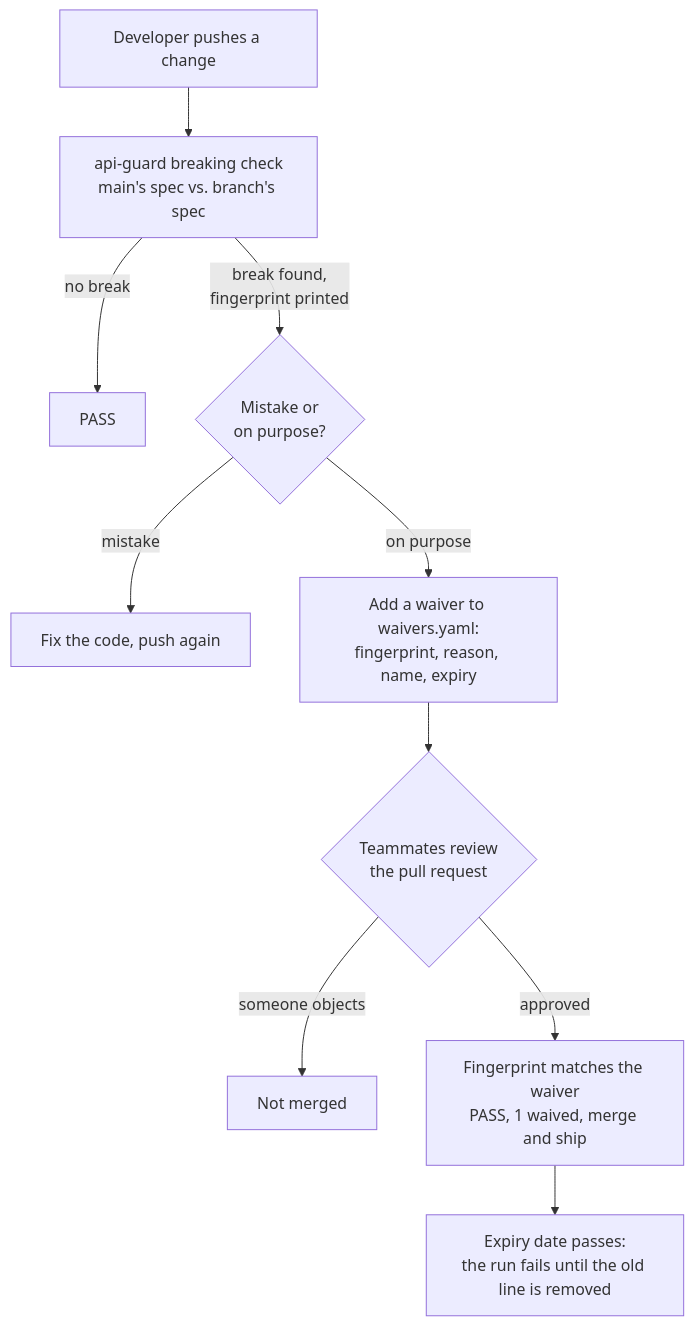
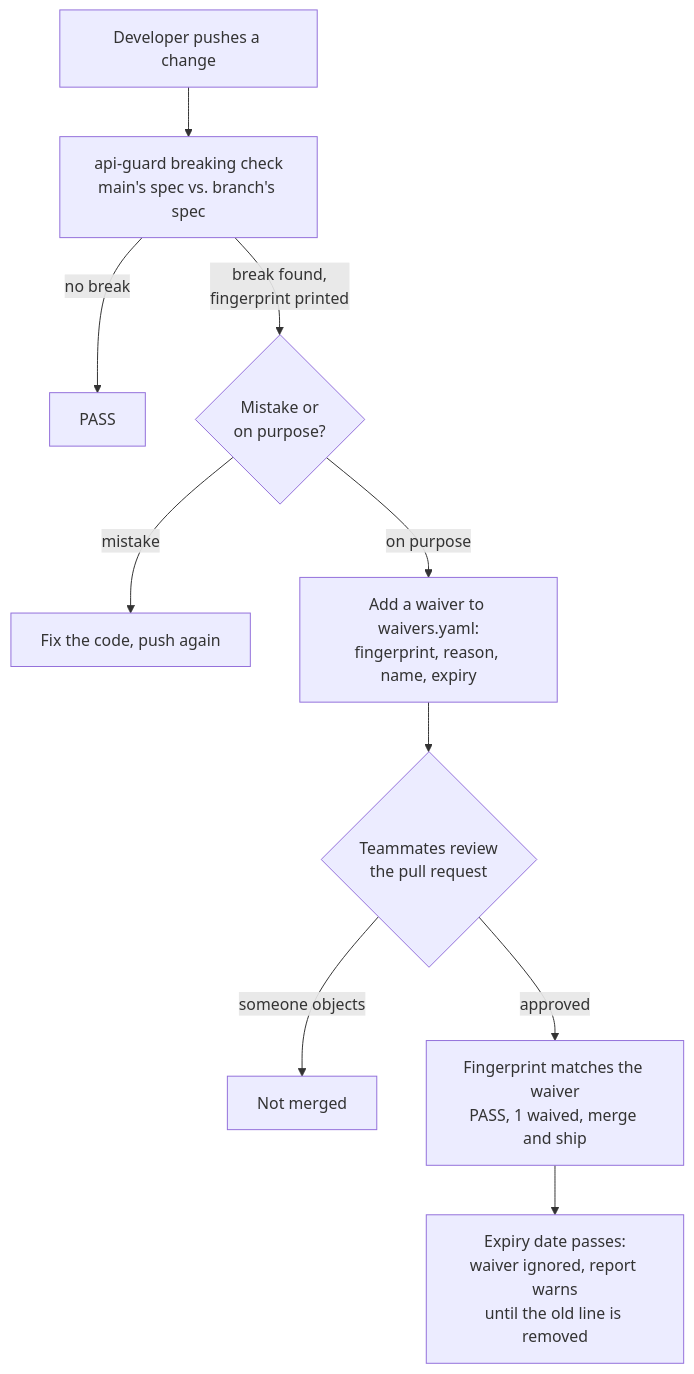
Before and after one commit to stimpy3/ApiGuard: the sixth of 12 diagrams in README.md, drawn with Mermaid. The commit also changed other lines of this file and 19 other files, not shown here.

````diff
--- a/README.md
+++ b/README.md
@@ -330,12 +331,12 @@
 ```mermaid
 flowchart TD
     A["Developer pushes a change"] --> B["api-guard breaking check<br/>main's spec vs. branch's spec"]
     B -->|"no break"| P["PASS"]
     B -->|"break found,<br/>fingerprint printed"| C{"Mistake or<br/>on purpose?"}
     C -->|"mistake"| F["Fix the code, push again"]
     C -->|"on purpose"| W["Add a waiver to waivers.yaml:<br/>fingerprint, reason, name, expiry"]
     W --> R{"Teammates review<br/>the pull request"}
     R -->|"someone objects"| N["Not merged"]
     R -->|"approved"| M["Fingerprint matches the waiver<br/>PASS, 1 waived, merge and ship"]
-    M --> E["Expiry date passes:<br/>the run fails until the old line is removed"]
+    M --> E["Expiry date passes:<br/>waiver ignored, report warns<br/>until the old line is removed"]
 ```
````
